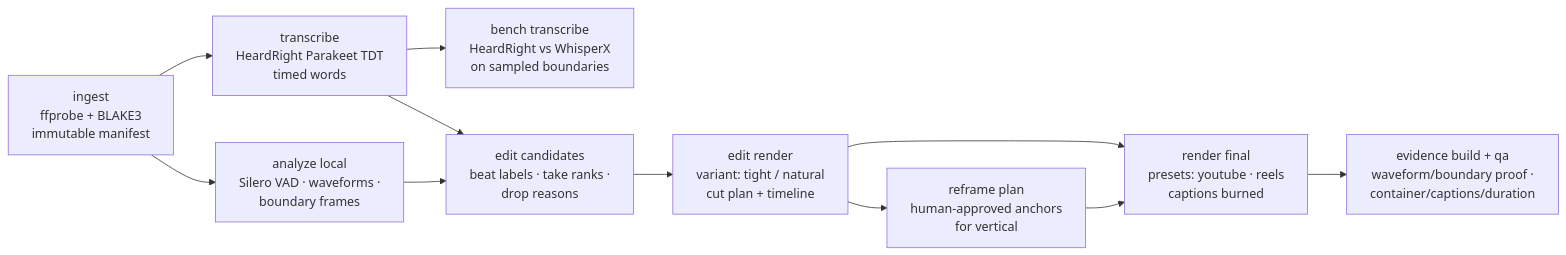
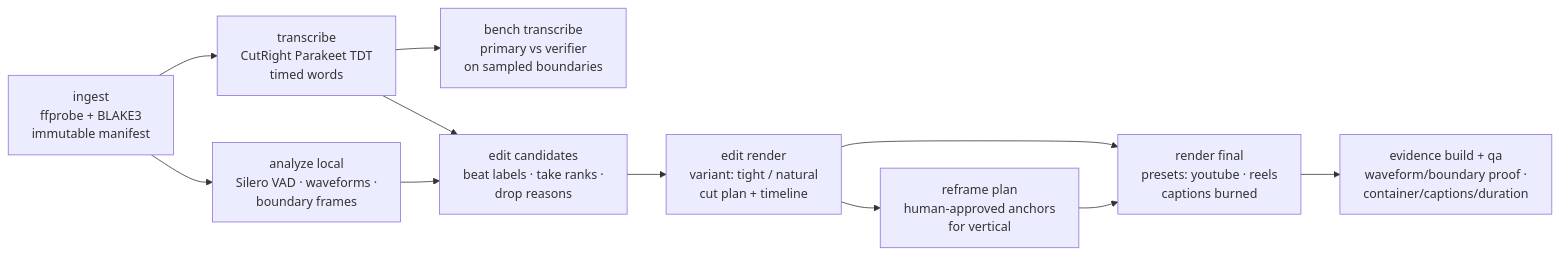
One commit to Orthic-Labs/CutRight changed the diagram in README.md. Above: the diagram before and after it, drawn with Mermaid. The commit also changed other lines of this file and 4 other files, not shown here.

````diff
--- a/README.md
+++ b/README.md
@@ -18,13 +18,13 @@
 ```mermaid
 flowchart LR
-    I[ingest<br/>ffprobe + BLAKE3<br/>immutable manifest] --> TR[transcribe<br/>HeardRight Parakeet TDT<br/>timed words]
-    TR --> B[bench transcribe<br/>HeardRight vs WhisperX<br/>on sampled boundaries]
+    I[ingest<br/>ffprobe + BLAKE3<br/>immutable manifest] --> TR[transcribe<br/>CutRight Parakeet TDT<br/>timed words]
+    TR --> B[bench transcribe<br/>primary vs verifier<br/>on sampled boundaries]
     I --> V[analyze local<br/>Silero VAD · waveforms ·<br/>boundary frames]
     TR --> C[edit candidates<br/>beat labels · take ranks ·<br/>drop reasons]
     V --> C
     C --> R[edit render<br/>variant: tight / natural<br/>cut plan + timeline]
     R --> RF[reframe plan<br/>human-approved anchors<br/>for vertical]
     R --> F[render final<br/>presets: youtube · reels<br/>captions burned]
     RF --> F
     F --> Q[evidence build + qa<br/>waveform/boundary proof ·<br/>container/captions/duration]
 ```
````
